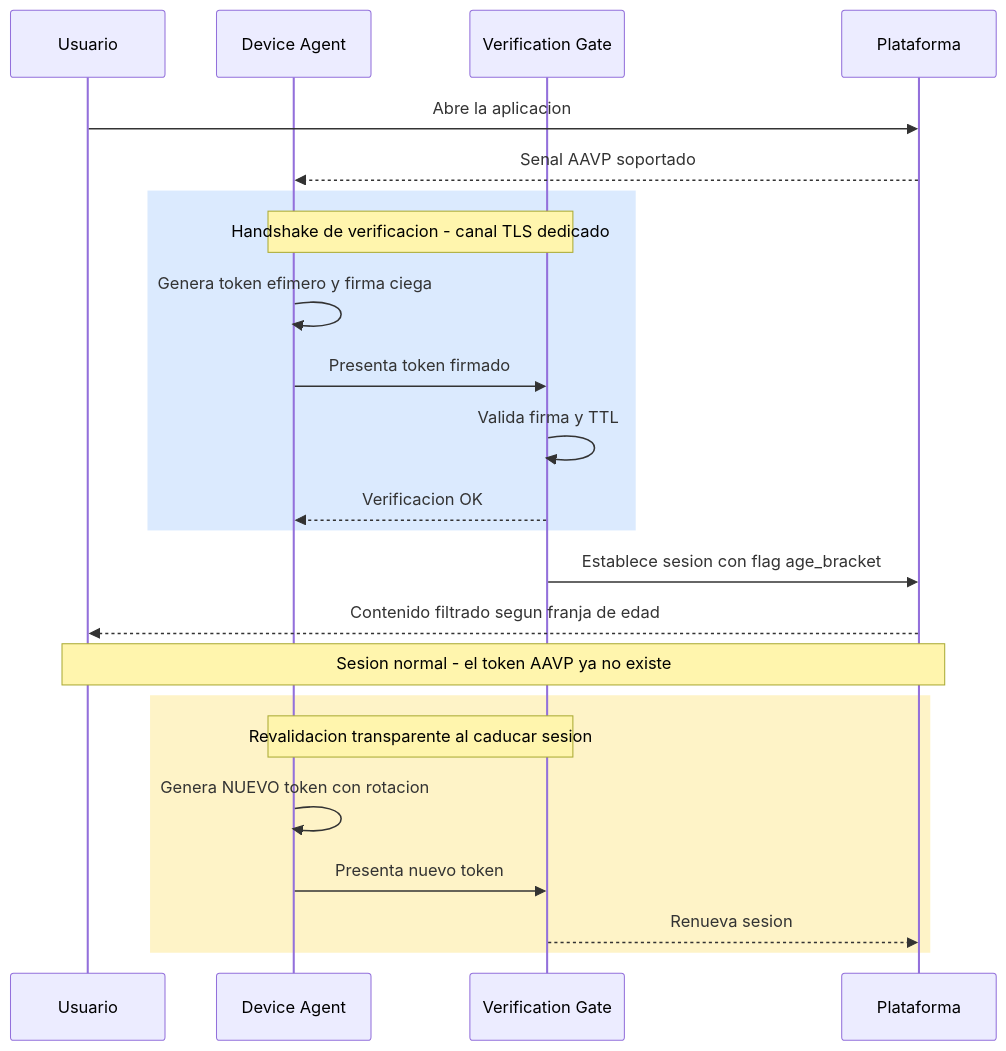
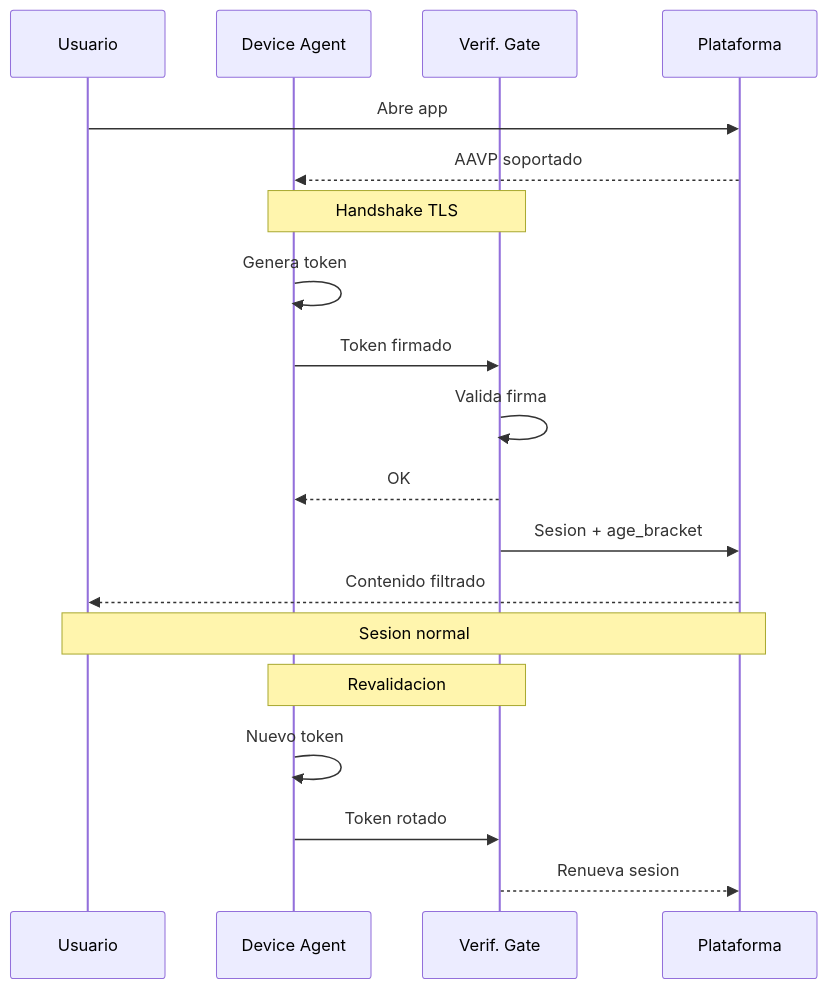
The third of 13 diagrams in README.md (jorgej-ramos/AAVP), drawn with Mermaid before and after one commit. The commit also changed other lines of this file, not shown here.

First line of the commit message:
Refactor README structure and update diagrams

````diff
--- a/README.md
+++ b/README.md
@@ -184,30 +148,26 @@
 ```mermaid
 sequenceDiagram
     participant U as Usuario
     participant DA as Device Agent
-    participant VG as Verification Gate
+    participant VG as Verif. Gate
     participant APP as Plataforma
 
-    U->>APP: Abre la aplicacion
-    APP-->>DA: Senal AAVP soportado
+    U->>APP: Abre app
+    APP-->>DA: AAVP soportado
 
-    rect rgb(219, 234, 254)
-        Note over DA,VG: Handshake de verificacion - canal TLS dedicado
-        DA->>DA: Genera token efimero y firma ciega
-        DA->>VG: Presenta token firmado
-        VG->>VG: Valida firma y TTL
-        VG-->>DA: Verificacion OK
-    end
+    Note over DA,VG: Handshake TLS
+    DA->>DA: Genera token
+    DA->>VG: Token firmado
+    VG->>VG: Valida firma
+    VG-->>DA: OK
 
-    VG->>APP: Establece sesion con flag age_bracket
-    APP-->>U: Contenido filtrado segun franja de edad
+    VG->>APP: Sesion + age_bracket
+    APP-->>U: Contenido filtrado
 
-    Note over U,APP: Sesion normal - el token AAVP ya no existe
+    Note over U,APP: Sesion normal
 
-    rect rgb(254, 243, 199)
-        Note over DA,VG: Revalidacion transparente al caducar sesion
-        DA->>DA: Genera NUEVO token con rotacion
-        DA->>VG: Presenta nuevo token
-        VG-->>APP: Renueva sesion
-    end
+    Note over DA,VG: Revalidacion
+    DA->>DA: Nuevo token
+    DA->>VG: Token rotado
+    VG-->>APP: Renueva sesion
 ```
````
